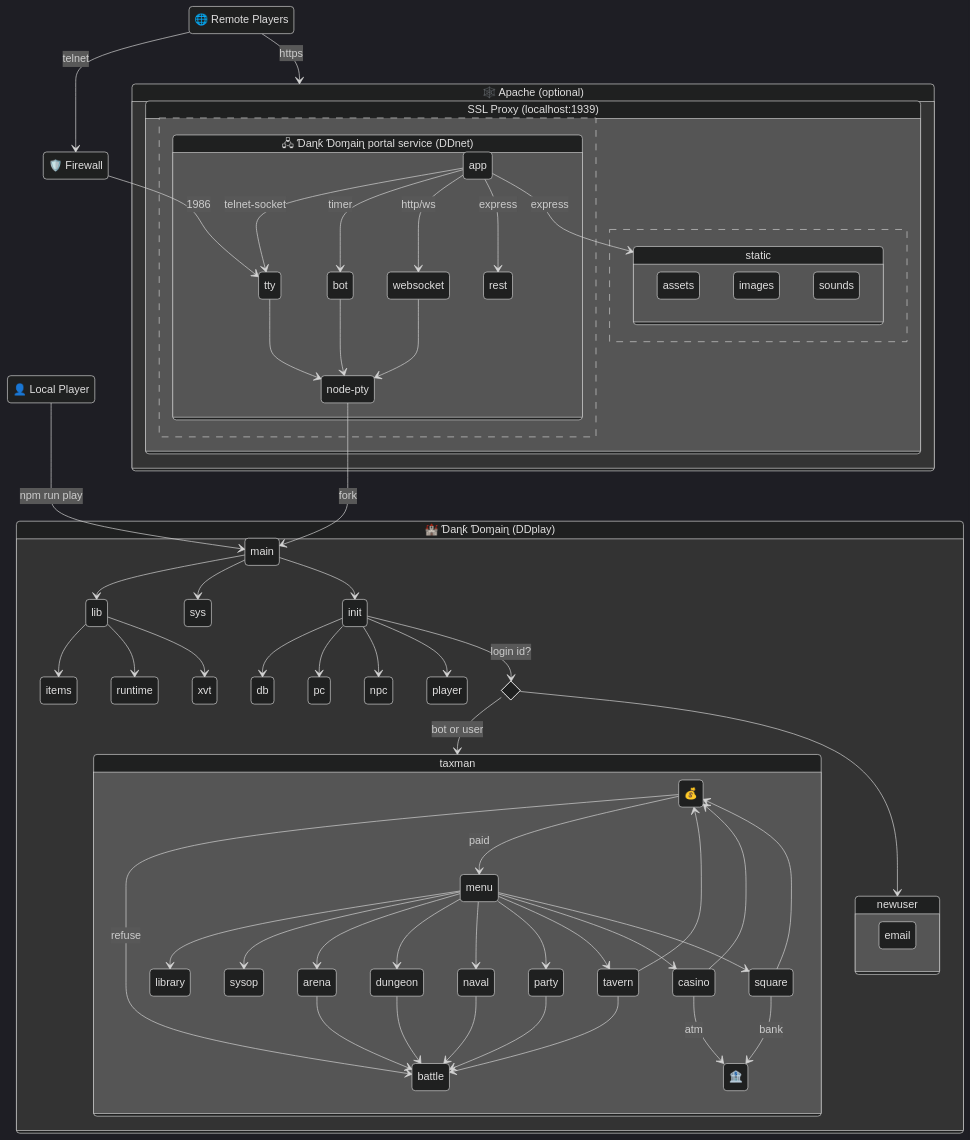
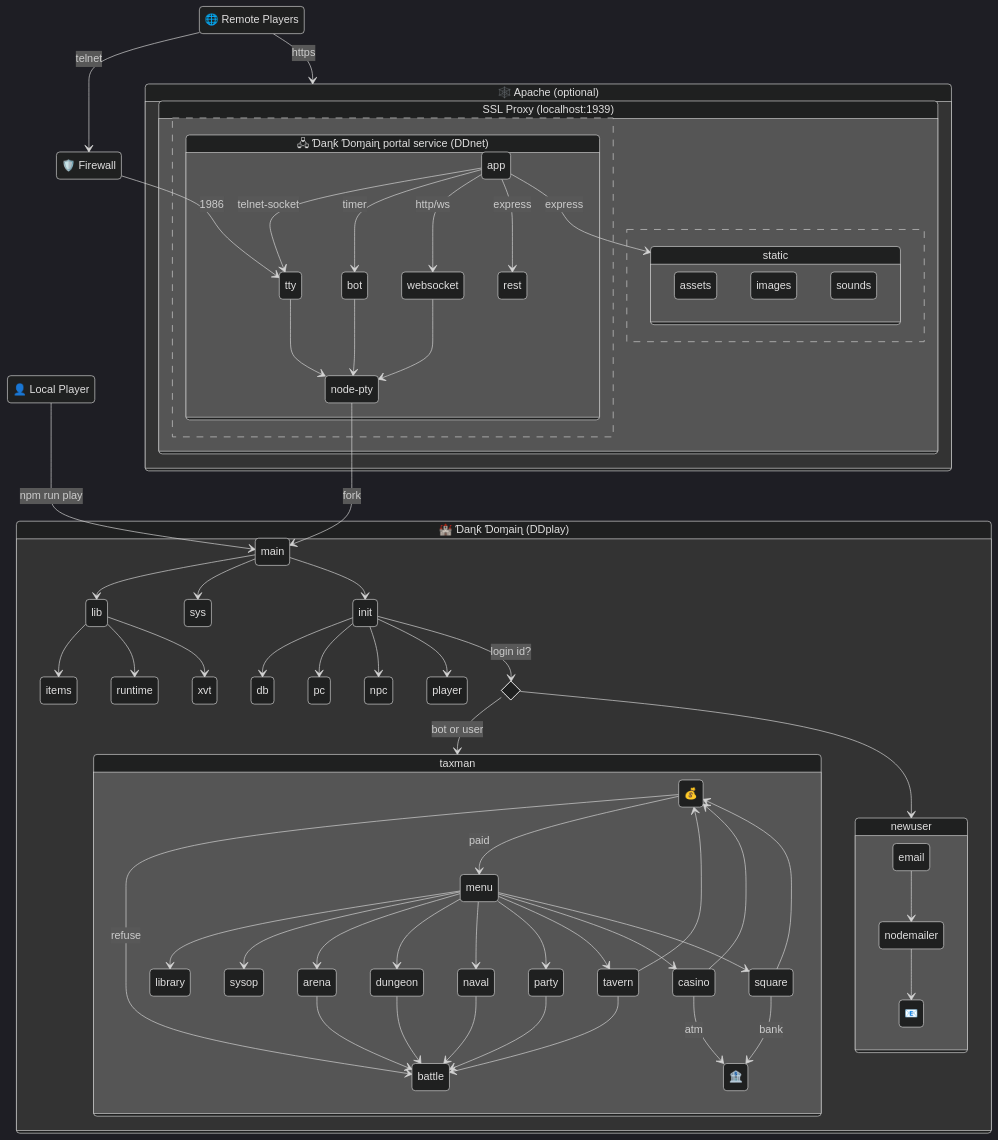
Before and after one commit to theflyingape/dankdomain: the diagram in README.md, drawn with Mermaid. The commit also changed 2 other files, not shown here.

````diff
--- a/README.md
+++ b/README.md
@@ -44,79 +44,81 @@
 ```mermaid
 %%{init: {'theme':'dark'}}%%
 stateDiagram-v2
   direction TB
   Local : 👤 Local Player
   Local --> main : npm run play
   Remote : 🌐 Remote Players
   Remote --> Firewall : telnet
   Remote --> Apache : https
   Firewall : 🛡️ Firewall
   Firewall --> tty : 1986
   state "🕸️ Apache (optional)" as Apache {
     state "SSL Proxy (localhost:1939)" as proxy {
       state "🖧 Ɗaɳƙ Ɗoɱaiɳ portal service (DDnet)" as DDnet {
         app --> tty : telnet-socket
         app --> bot : timer
         app --> websocket : http/ws
         app --> rest : express
         app --> static : express
         fork: node-pty
         tty --> fork
         bot --> fork
         websocket --> fork
         fork --> main : fork
       }
       --
       state static {
         assets
         images
         sounds
       }
     }
   }
 
   state "🏰 Ɗaɳƙ Ɗoɱaiɳ (DDplay)" as DDplay {
     main --> lib
     lib --> items
     lib --> runtime
     lib --> xvt
     main --> sys
     main --> init
     init --> db
     init --> pc
     init --> npc
     init --> player
     state login <<choice>>
     init --> login : login id?
     login --> taxman : bot or user
     login --> newuser
     state newuser {
       email
+      email --> nodemailer
+      nodemailer --> 📧
     }
     state taxman {
       state "💰" as taxes
       taxes --> battle : refuse
       taxes --> menu : paid
       menu --> library
       menu --> sysop
       menu --> arena
       menu --> dungeon
       menu --> naval
       menu --> party
       menu --> tavern
       menu --> casino
       menu --> square
       arena --> battle
       dungeon --> battle
       naval --> battle
       party --> battle
       tavern --> battle
       casino --> taxes
       square --> taxes
       tavern --> taxes
       state "🏦" as bank
       casino --> bank : atm
       square --> bank : bank
     }
   }
 ```
````
